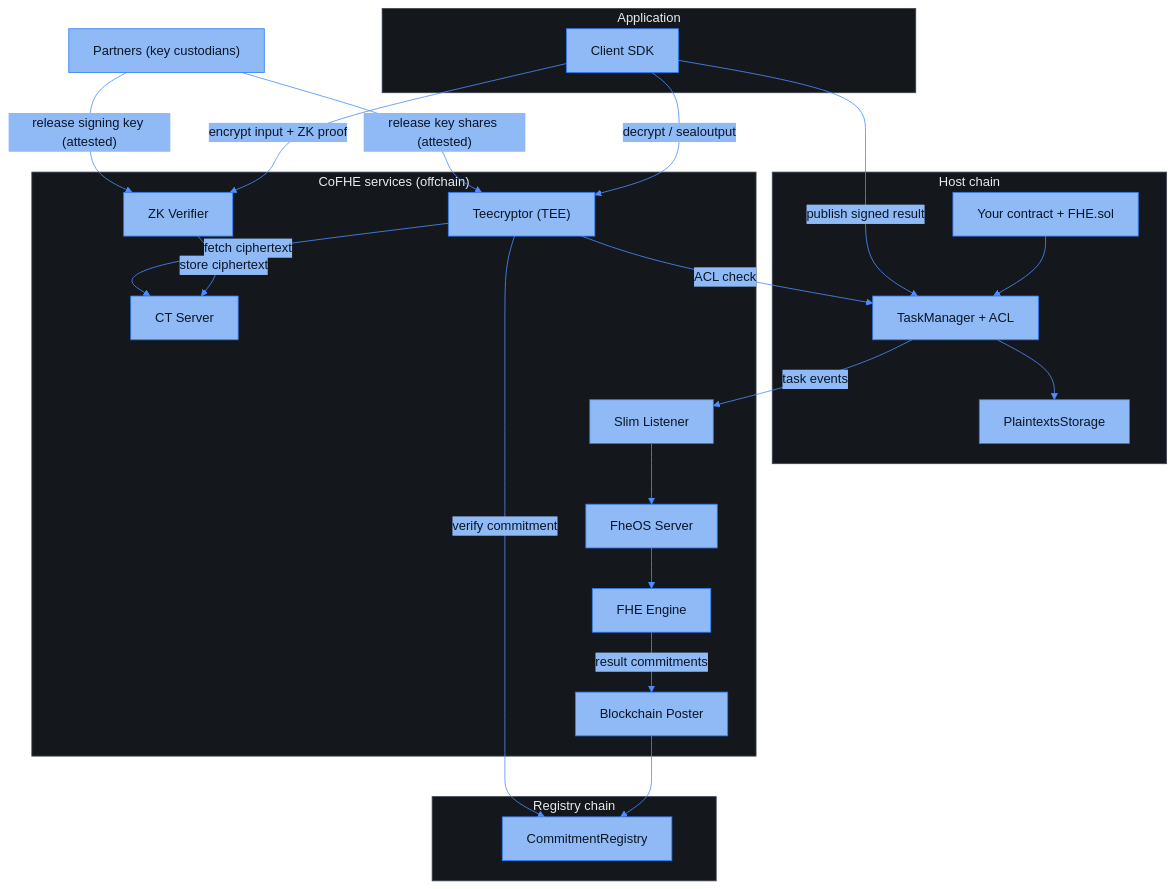
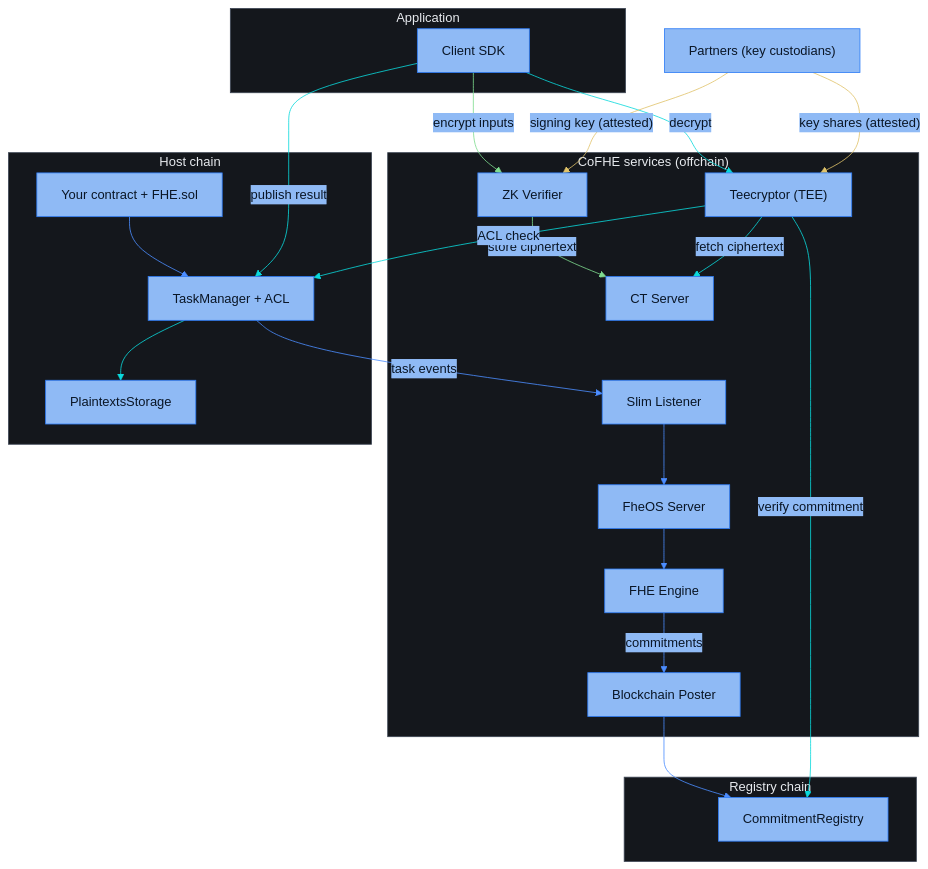
One commit to FhenixProtocol/fhenix-developer-docs changed the diagram in deep-dive/cofhe-components/overview.mdx. Above: the diagram before and after it, drawn with Mermaid. The commit also changed other lines of this file and 1 other file, not shown here.

Commit message:
[DOCS] deep-dive/overview: rearranged architecture diagram with color-coded flows, CT Server as the database gate

````diff
--- a/deep-dive/cofhe-components/overview.mdx
+++ b/deep-dive/cofhe-components/overview.mdx
@@ -8,46 +8,50 @@
 ```mermaid
 %%{init: {"theme": "base", "themeVariables": {"fontFamily": "Menlo, Monaco, Consolas, monospace", "fontSize": "16px", "primaryColor": "#8FBAF5", "primaryBorderColor": "#2E7CF6", "primaryTextColor": "#0A1626", "lineColor": "#4C8DFF", "signalColor": "#4C8DFF", "signalTextColor": "#8FA3BF", "actorBkg": "#8FBAF5", "actorBorder": "#2E7CF6", "actorTextColor": "#0A1626", "actorLineColor": "#3D4654", "noteBkgColor": "#14171C", "noteBorderColor": "#3D4654", "noteTextColor": "#AFC3DE", "activationBkgColor": "#1E3A5F", "activationBorderColor": "#4C8DFF", "clusterBkg": "#14171C", "clusterBorder": "#3D4654", "titleColor": "#E7EAEE", "edgeLabelBackground": "#8FBAF5", "textColor": "#AFC3DE", "labelTextColor": "#E7EAEE", "tertiaryColor": "#14171C", "loopTextColor": "#AFC3DE", "labelBoxBkgColor": "#1E3A5F", "labelBoxBorderColor": "#4C8DFF"}, "sequence": {"actorFontFamily": "Menlo, Monaco, Consolas, monospace", "messageFontFamily": "Menlo, Monaco, Consolas, monospace", "noteFontFamily": "Menlo, Monaco, Consolas, monospace", "width": 220, "actorFontSize": 16, "messageFontSize": 16, "noteFontSize": 15}}}%%
 flowchart TB
+    PRT["Partners (key custodians)"]
+
     subgraph App["Application"]
         SDK["Client SDK"]
+    end
+
+    subgraph CoFHE["CoFHE services (offchain)"]
+        ZK["ZK Verifier"]
+        CTS["CT Server"]
+        TEE["Teecryptor (TEE)"]
+        SL["Slim Listener"]
+        FheOS["FheOS Server"]
+        Engine["FHE Engine"]
+        BP["Blockchain Poster"]
     end
 
     subgraph Host["Host chain"]
         FHEC["Your contract + FHE.sol"]
         TM["TaskManager + ACL"]
         PS["PlaintextsStorage"]
     end
 
-    subgraph CoFHE["CoFHE services (offchain)"]
-        ZK["ZK Verifier"]
-        CTS["CT Server"]
-        SL["Slim Listener"]
-        FheOS["FheOS Server"]
-        Engine["FHE Engine"]
-        BP["Blockchain Poster"]
-        TEE["Teecryptor (TEE)"]
-    end
-
     subgraph Registry["Registry chain"]
         CR["CommitmentRegistry"]
     end
 
-    PRT["Partners (key custodians)"]
-
-    SDK -- "encrypt input + ZK proof" --> ZK
+    SDK -- "encrypt inputs" --> ZK
     ZK -- "store ciphertext" --> CTS
     FHEC --> TM
     TM -- "task events" --> SL
     SL --> FheOS
     FheOS --> Engine
-    Engine -- "result commitments" --> BP
+    Engine -- "commitments" --> BP
     BP --> CR
-    SDK -- "decrypt / sealoutput" --> TEE
+    SDK -- "decrypt" --> TEE
     TEE -- "ACL check" --> TM
     TEE -- "fetch ciphertext" --> CTS
     TEE -- "verify commitment" --> CR
-    SDK -- "publish signed result" --> TM
+    SDK -- "publish result" --> TM
     TM --> PS
-    PRT -- "release key shares (attested)" --> TEE
-    PRT -- "release signing key (attested)" --> ZK
+    PRT -- "key shares (attested)" --> TEE
+    PRT -- "signing key (attested)" --> ZK
+
+    linkStyle 0,1 stroke:#7FDB8F
+    linkStyle 8,9,10,11,12,13 stroke:#0AD9DC
+    linkStyle 14,15 stroke:#E0C36A
 ```
````
